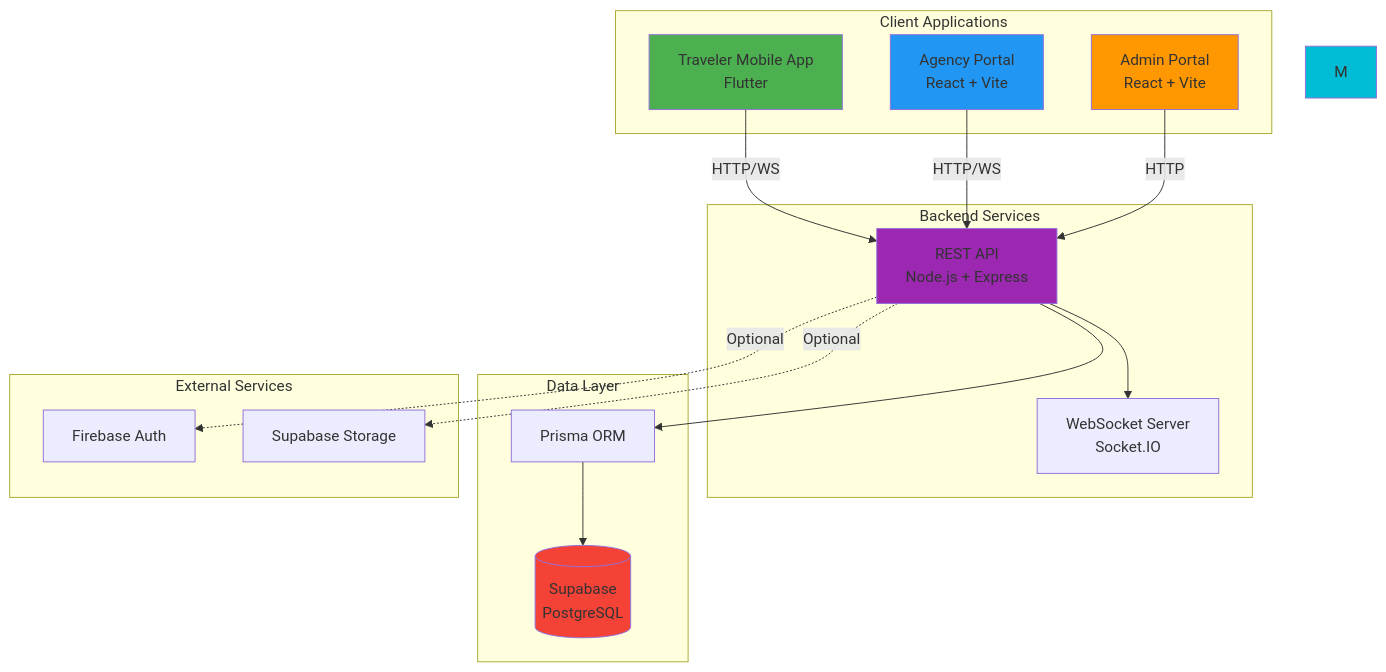
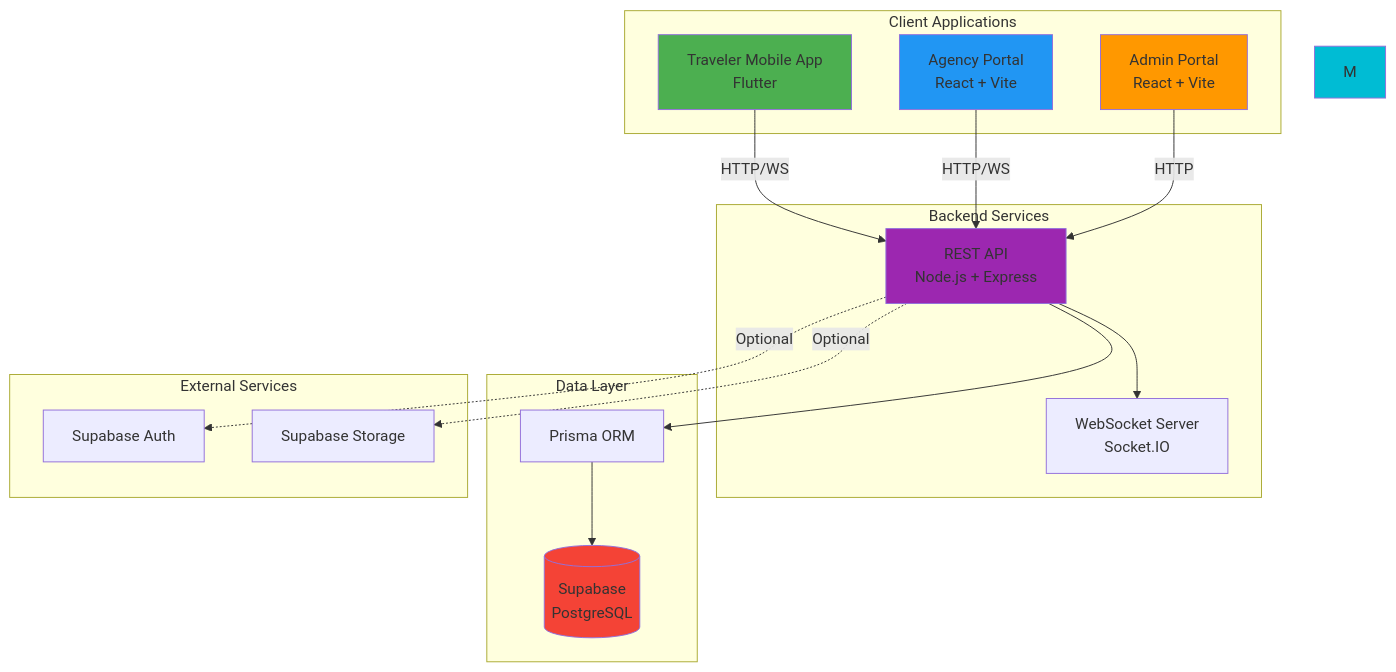
Before and after one commit to AbuZar-Babar/TrekPal: the first of 2 diagrams in README.md, drawn with Mermaid. The commit also changed other lines of this file and 50 other files, not shown here.

````diff
--- a/README.md
+++ b/README.md
@@ -33,39 +33,39 @@
 ```mermaid
 graph TB
     subgraph "Client Applications"
         A[Traveler Mobile App<br/>Flutter]
         B[Agency Portal<br/>React + Vite]
         C[Admin Portal<br/>React + Vite]
     end
     
     subgraph "Backend Services"
         D[REST API<br/>Node.js + Express]
         E[WebSocket Server<br/>Socket.IO]
     end
     
     subgraph "Data Layer"
         F[(Supabase<br/>PostgreSQL)]
         G[Prisma ORM]
     end
     
     subgraph "External Services"
-        H[Firebase Auth]
+        H[Supabase Auth]
         I[Supabase Storage]
     end
     
     A -->|HTTP/WS| D
     B -->|HTTP/WS| D
     C -->|HTTP| D
     D --> E
     D --> G
     G --> F
     D -.->|Optional| H
     D -.->|Optional| I
     
     style A fill:#4CAF50
     style B fill:#2196F3
     style C fill:#FF9800
     style D fill:#9C27B0
     style F fill:#F44336
     style M fill:#00BCD4
 ```
````
